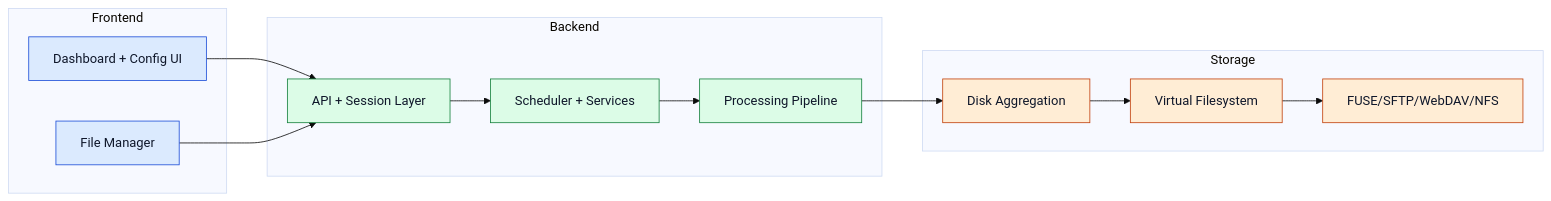
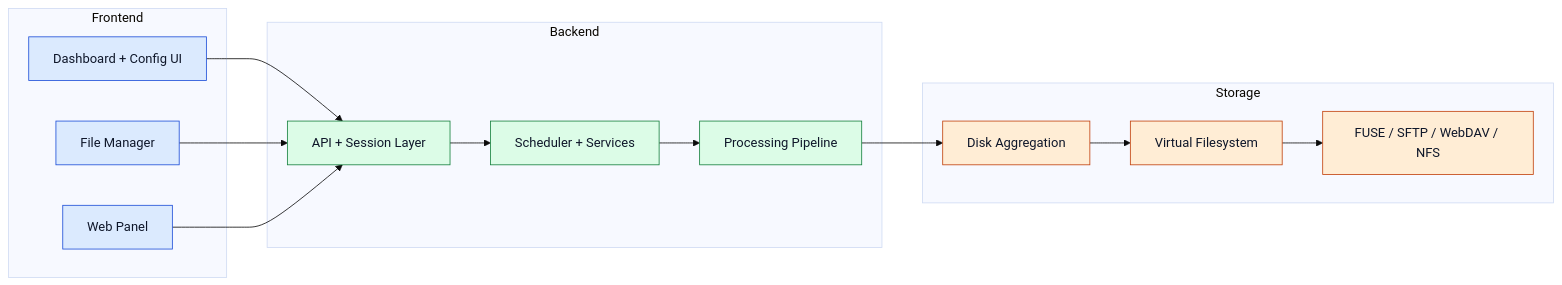
Before and after one commit to VulcanoSoftware/eindproject: the diagram in docusaurus/docs/intro.md, drawn with Mermaid (base theme). The commit also changed other lines of this file and 5 other files, not shown here.

````diff
--- a/docusaurus/docs/intro.md
+++ b/docusaurus/docs/intro.md
@@ -15,31 +15,33 @@
 ```mermaid
 flowchart LR
   subgraph Frontend
     UI[Dashboard + Config UI]
     FM[File Manager]
+    WP[Web Panel]
   end
 
   subgraph Backend
     API[API + Session Layer]
     CORE[Scheduler + Services]
     PIPE[Processing Pipeline]
   end
 
   subgraph Storage
     AGG[Disk Aggregation]
     VFS[Virtual Filesystem]
-    ACCESS[FUSE/SFTP/WebDAV/NFS]
+    ACCESS[FUSE / SFTP / WebDAV / NFS]
   end
 
   UI --> API
   FM --> API
+  WP --> API
   API --> CORE --> PIPE --> AGG --> VFS --> ACCESS
 
   classDef frontend fill:#dbeafe,stroke:#1d4ed8,color:#0f172a,stroke-width:1px;
   classDef backend fill:#dcfce7,stroke:#15803d,color:#0f172a,stroke-width:1px;
   classDef storage fill:#ffedd5,stroke:#c2410c,color:#0f172a,stroke-width:1px;
 
-  class UI,FM frontend;
+  class UI,FM,WP frontend;
   class API,CORE,PIPE backend;
   class AGG,VFS,ACCESS storage;
 ```
````
